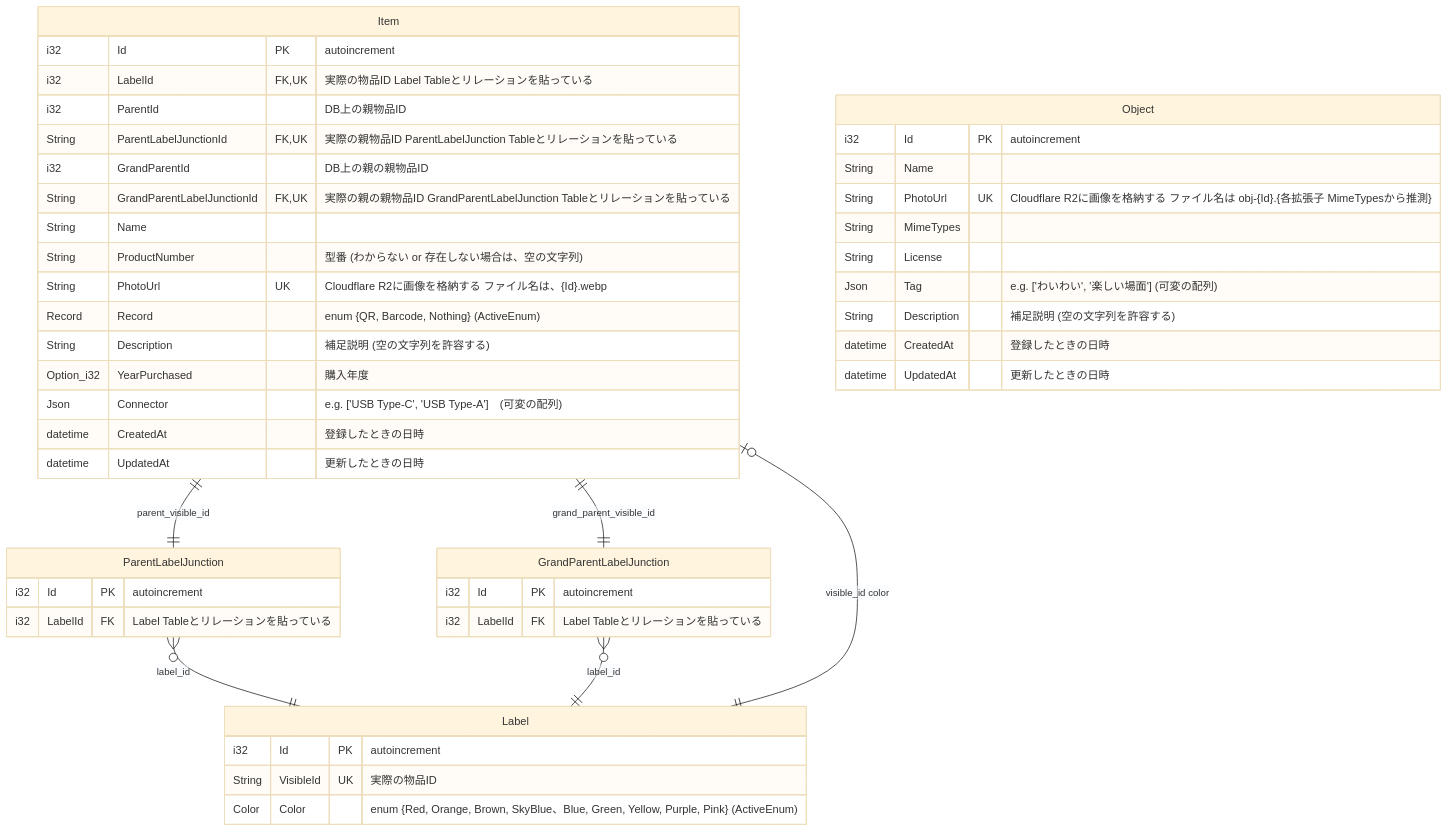
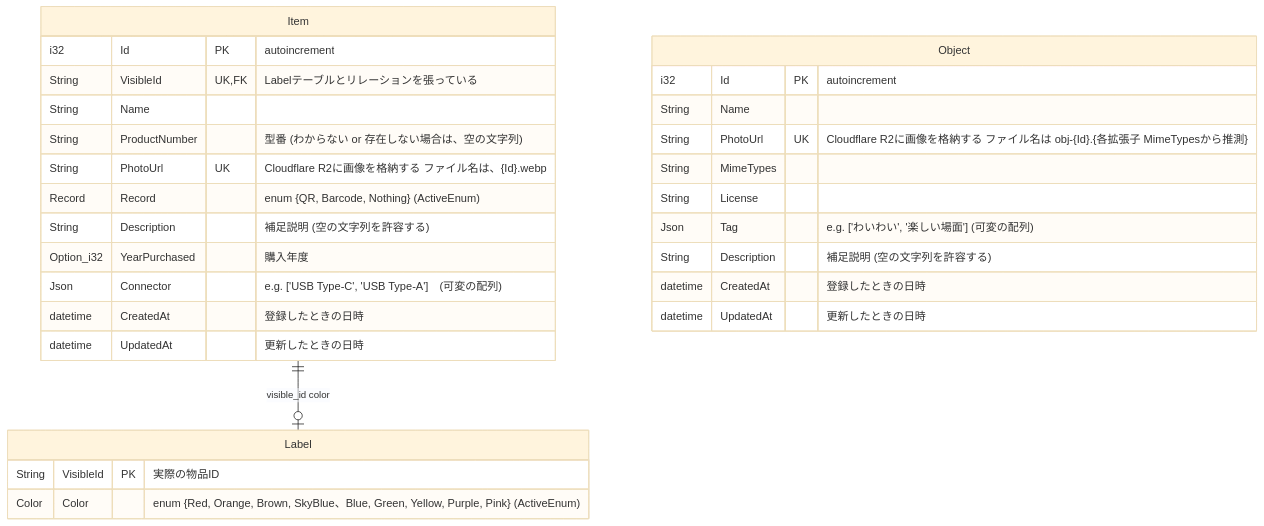
The first of 2 diagrams in README.md (Myxogastria0808/DashiShoyu), drawn with Mermaid (base theme) before and after one commit. The commit also changed other lines of this file and 22 other files, not shown here.

````diff
--- a/README.md
+++ b/README.md
@@ -190,50 +190,33 @@
 ```mermaid
 erDiagram
-    Item ||--|| ParentLabelJunction : "parent_visible_id"
-    Item ||--|| GrandParentLabelJunction : "grand_parent_visible_id"
-    ParentLabelJunction }o--|| Label : "label_id"
-    GrandParentLabelJunction }o--|| Label : "label_id"
-    Item |o--|| Label : "visible_id color"
+    Item ||--o| Label : "visible_id color"
     Item {
         i32 Id PK "autoincrement"
-        i32 LabelId FK, UK "実際の物品ID Label Tableとリレーションを貼っている"
-        i32 ParentId "DB上の親物品ID"
-        String ParentLabelJunctionId FK, UK "実際の親物品ID ParentLabelJunction Tableとリレーションを貼っている"
-        i32 GrandParentId "DB上の親の親物品ID"
-        String GrandParentLabelJunctionId FK, UK "実際の親の親物品ID GrandParentLabelJunction Tableとリレーションを貼っている"
+        String VisibleId UK, FK "Labelテーブルとリレーションを張っている"
         String Name
         String ProductNumber "型番 (わからない or 存在しない場合は、空の文字列)"
         String PhotoUrl UK "Cloudflare R2に画像を格納する ファイル名は、{Id}.webp"
         Record Record "enum {QR, Barcode, Nothing} (ActiveEnum)"
         String Description　"補足説明 (空の文字列を許容する)"
         Option_i32 YearPurchased "購入年度"
         Json Connector　"e.g. ['USB Type-C', 'USB Type-A']　(可変の配列)"
         datetime CreatedAt "登録したときの日時"
         datetime UpdatedAt "更新したときの日時"
     }
-    ParentLabelJunction {
-        i32 Id PK "autoincrement"
-        i32 LabelId FK "Label Tableとリレーションを貼っている"
-    }
-    GrandParentLabelJunction {
-        i32 Id PK "autoincrement"
-        i32 LabelId FK "Label Tableとリレーションを貼っている"
-    }
     Label {
-        i32 Id PK "autoincrement"
-        String VisibleId UK "実際の物品ID"
+        String VisibleId PK "実際の物品ID"
         Color Color "enum {Red, Orange, Brown, SkyBlue、Blue, Green, Yellow, Purple, Pink} (ActiveEnum)"
     }
 
     Object {
         i32 Id PK "autoincrement"
         String Name
         String PhotoUrl UK "Cloudflare R2に画像を格納する ファイル名は obj-{Id}.{各拡張子 MimeTypesから推測}"
         String MimeTypes
         String License
         Json Tag "e.g. ['わいわい', '楽しい場面'] (可変の配列)"
         String Description "補足説明 (空の文字列を許容する)"
         datetime CreatedAt "登録したときの日時"
         datetime UpdatedAt "更新したときの日時"
     }
 ```
````
